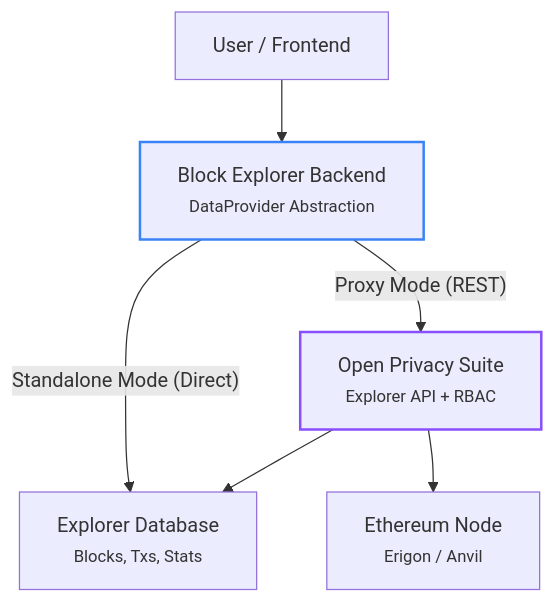
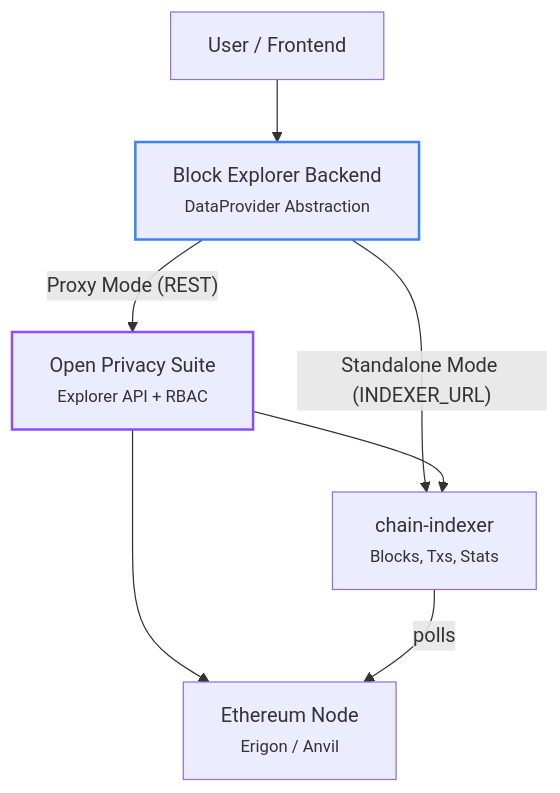
Before and after one commit to alainncls/open-privacy-suite: the first of 2 diagrams in site/src/app/docs/explorer/page.mdx, drawn with Mermaid. The commit also changed other lines of this file and 18 other files, not shown here.

````diff
--- a/site/src/app/docs/explorer/page.mdx
+++ b/site/src/app/docs/explorer/page.mdx
@@ -17,17 +17,18 @@
 ```mermaid
 graph TD
     User["User / Frontend"]
     BE["Block Explorer Backend<br/><small>DataProvider Abstraction</small>"]
     Proxy["Open Privacy Suite<br/><small>Explorer API + RBAC</small>"]
-    DB["Explorer Database<br/><small>Blocks, Txs, Stats</small>"]
+    IDX["chain-indexer<br/><small>Blocks, Txs, Stats</small>"]
     Eth["Ethereum Node<br/><small>Erigon / Anvil</small>"]
 
     User --> BE
     BE -->|"Proxy Mode (REST)"| Proxy
-    BE -->|"Standalone Mode (Direct)"| DB
-    Proxy --> DB
+    BE -->|"Standalone Mode (INDEXER_URL)"| IDX
+    Proxy --> IDX
     Proxy --> Eth
+    IDX -->|polls| Eth
 
     style Proxy stroke:#8950FA,stroke-width:2px
     style BE stroke:#3b82f6,stroke-width:2px
 ```
````
